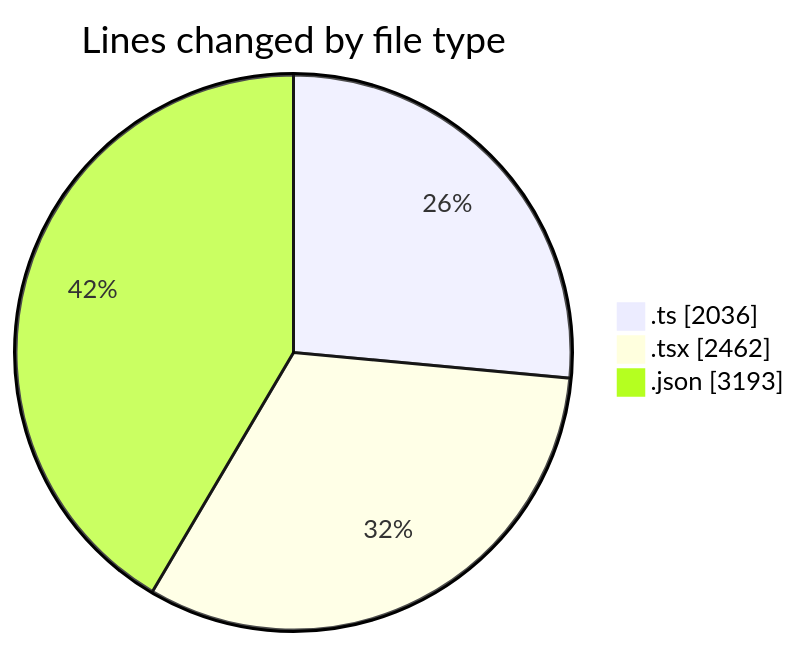
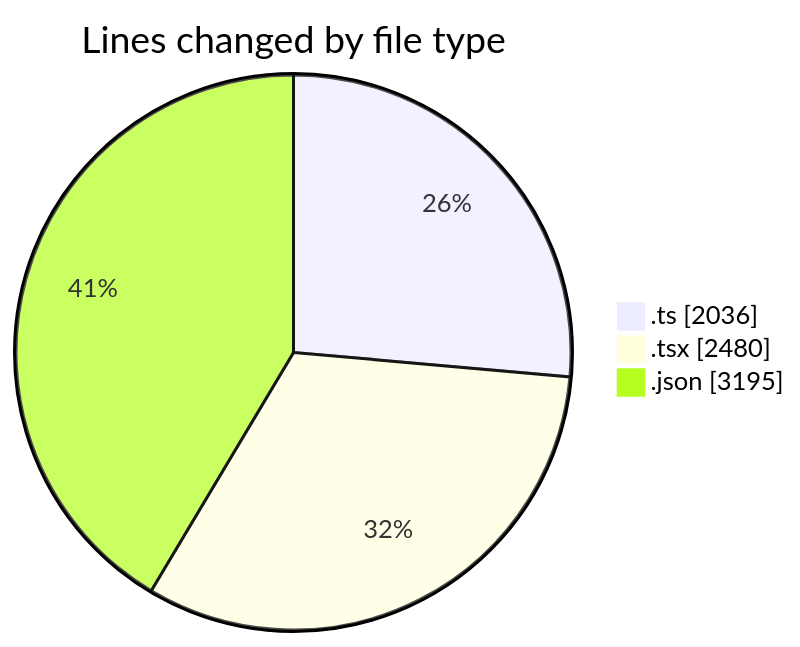
The first of 2 diagrams in 2025-10-23/eventscop-frontend-guide__workspace_/README.md (julien-gomy/code-tracking), drawn with Mermaid before and after one commit. The commit also changed other lines of this file and 1 other file, not shown here.

````diff
--- a/2025-10-23/eventscop-frontend-guide__workspace_/README.md
+++ b/2025-10-23/eventscop-frontend-guide__workspace_/README.md
@@ -37,7 +37,7 @@
 ```mermaid
 pie showData
 title Lines changed by file type
 ".ts" : 2036
-".tsx" : 2462
-".json" : 3193
+".tsx" : 2480
+".json" : 3195
 ```
````
